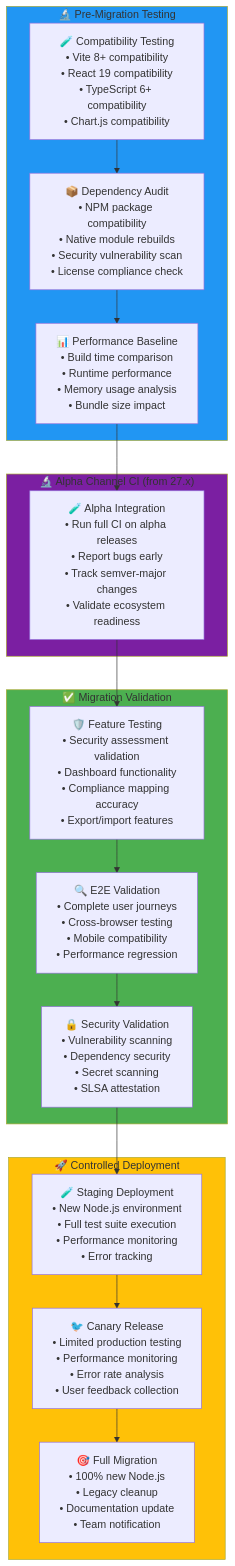
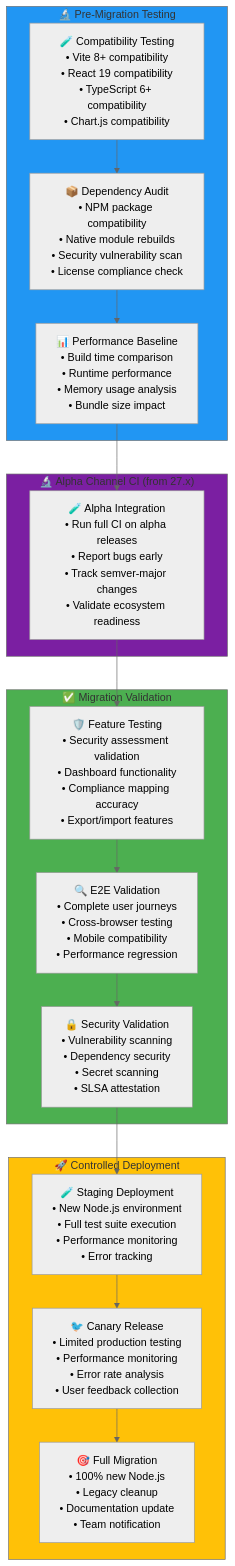
One commit to Hack23/cia-compliance-manager changed the third of 9 diagrams in docs/End-of-Life-Strategy.md. Above: the diagram before and after it, drawn with Mermaid. The commit also changed other lines of this file and 2 other files, not shown here.

First line of the commit message:
fix: standardize mermaid init directives and fix STYLE_GUIDE color label mismatch per review

````diff
--- a/docs/End-of-Life-Strategy.md
+++ b/docs/End-of-Life-Strategy.md
@@ -225,44 +221,40 @@
 ```mermaid
-%%{
-  init: {
-    'theme': 'neutral',
-}
-}%%
+%%{init: {"theme": "neutral"}}%%
 flowchart TB
     subgraph PREPARATION["🔬 Pre-Migration Testing"]
         COMPAT_TEST["🧪 Compatibility Testing<br/>• Vite 8+ compatibility<br/>• React 19 compatibility<br/>• TypeScript 6+ compatibility<br/>• Chart.js compatibility"]
         DEP_AUDIT["📦 Dependency Audit<br/>• NPM package compatibility<br/>• Native module rebuilds<br/>• Security vulnerability scan<br/>• License compliance check"]
         PERF_BASELINE["📊 Performance Baseline<br/>• Build time comparison<br/>• Runtime performance<br/>• Memory usage analysis<br/>• Bundle size impact"]
     end
 
     subgraph ALPHA_CI["🔬 Alpha Channel CI (from 27.x)"]
         ALPHA_TEST["🧪 Alpha Integration<br/>• Run full CI on alpha releases<br/>• Report bugs early<br/>• Track semver-major changes<br/>• Validate ecosystem readiness"]
     end
 
     subgraph VALIDATION["✅ Migration Validation"]
         FEATURE_TEST["🛡️ Feature Testing<br/>• Security assessment validation<br/>• Dashboard functionality<br/>• Compliance mapping accuracy<br/>• Export/import features"]
         E2E_VALIDATION["🔍 E2E Validation<br/>• Complete user journeys<br/>• Cross-browser testing<br/>• Mobile compatibility<br/>• Performance regression"]
         SECURITY_SCAN["🔒 Security Validation<br/>• Vulnerability scanning<br/>• Dependency security<br/>• Secret scanning<br/>• SLSA attestation"]
     end
 
     subgraph DEPLOYMENT["🚀 Controlled Deployment"]
         STAGING_DEPLOY["🧪 Staging Deployment<br/>• New Node.js environment<br/>• Full test suite execution<br/>• Performance monitoring<br/>• Error tracking"]
         CANARY_RELEASE["🐦 Canary Release<br/>• Limited production testing<br/>• Performance monitoring<br/>• Error rate analysis<br/>• User feedback collection"]
         FULL_MIGRATION["🎯 Full Migration<br/>• 100% new Node.js<br/>• Legacy cleanup<br/>• Documentation update<br/>• Team notification"]
     end
 
     COMPAT_TEST --> DEP_AUDIT
     DEP_AUDIT --> PERF_BASELINE
     PERF_BASELINE --> ALPHA_TEST
     ALPHA_TEST --> FEATURE_TEST
     FEATURE_TEST --> E2E_VALIDATION
     E2E_VALIDATION --> SECURITY_SCAN
     SECURITY_SCAN --> STAGING_DEPLOY
     STAGING_DEPLOY --> CANARY_RELEASE
     CANARY_RELEASE --> FULL_MIGRATION
 
     style PREPARATION fill:#2196F3
     style ALPHA_CI fill:#7B1FA2
     style VALIDATION fill:#4CAF50
     style DEPLOYMENT fill:#FFC107
 ```
````
